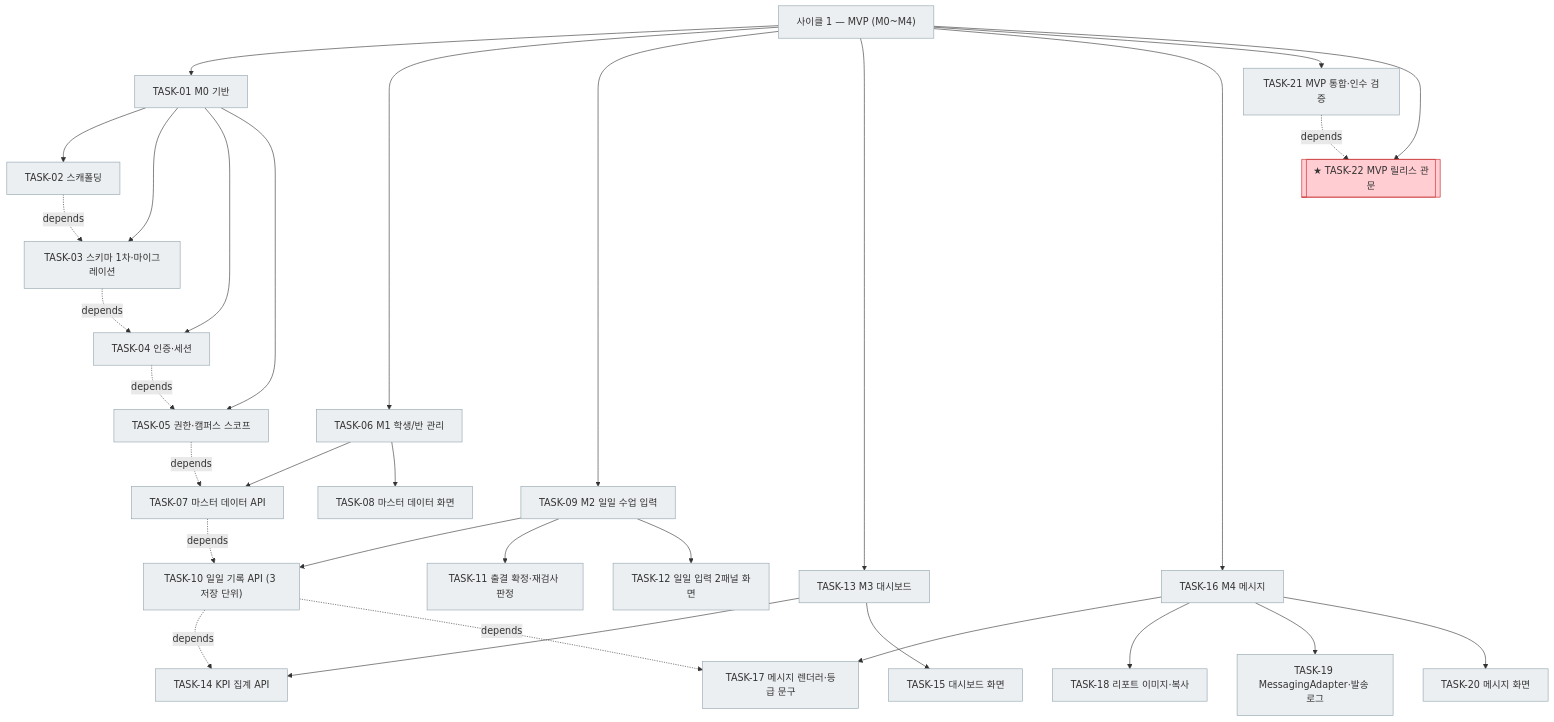
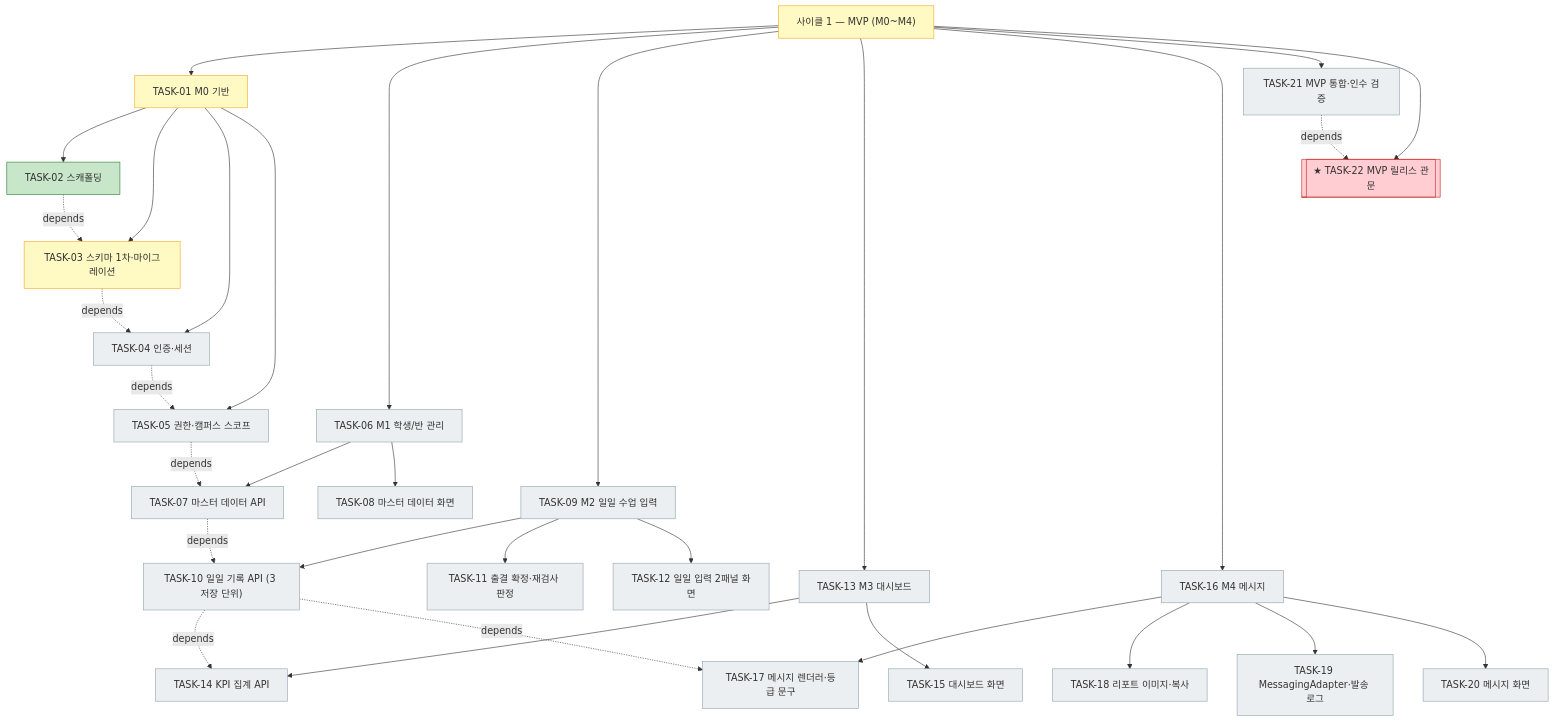
The first of 2 diagrams in docs/plan.md (bluesky5008/mathdesk), drawn with Mermaid before and after one commit. The commit also changed other lines of this file and 20 other files, not shown here.

````diff
--- a/docs/plan.md
+++ b/docs/plan.md
@@ -99,38 +99,38 @@
 ```mermaid
 flowchart TD
-    C1["사이클 1 — MVP (M0~M4)"]:::todo
-    C1 --> T01["TASK-01 M0 기반"]:::todo
-    T01 --> T02["TASK-02 스캐폴딩"]:::todo
-    T01 --> T03["TASK-03 스키마 1차·마이그레이션"]:::todo
+    C1["사이클 1 — MVP (M0~M4)"]:::active
+    C1 --> T01["TASK-01 M0 기반"]:::active
+    T01 --> T02["TASK-02 스캐폴딩"]:::done
+    T01 --> T03["TASK-03 스키마 1차·마이그레이션"]:::active
     T01 --> T04["TASK-04 인증·세션"]:::todo
     T01 --> T05["TASK-05 권한·캠퍼스 스코프"]:::todo
     C1 --> T06["TASK-06 M1 학생/반 관리"]:::todo
     T06 --> T07["TASK-07 마스터 데이터 API"]:::todo
     T06 --> T08["TASK-08 마스터 데이터 화면"]:::todo
     C1 --> T09["TASK-09 M2 일일 수업 입력"]:::todo
     T09 --> T10["TASK-10 일일 기록 API (3 저장 단위)"]:::todo
     T09 --> T11["TASK-11 출결 확정·재검사 판정"]:::todo
     T09 --> T12["TASK-12 일일 입력 2패널 화면"]:::todo
     C1 --> T13["TASK-13 M3 대시보드"]:::todo
     T13 --> T14["TASK-14 KPI 집계 API"]:::todo
     T13 --> T15["TASK-15 대시보드 화면"]:::todo
     C1 --> T16["TASK-16 M4 메시지"]:::todo
     T16 --> T17["TASK-17 메시지 렌더러·등급 문구"]:::todo
     T16 --> T18["TASK-18 리포트 이미지·복사"]:::todo
     T16 --> T19["TASK-19 MessagingAdapter·발송 로그"]:::todo
     T16 --> T20["TASK-20 메시지 화면"]:::todo
     C1 --> T21["TASK-21 MVP 통합·인수 검증"]:::todo
     C1 --> T22[["★ TASK-22 MVP 릴리스 관문"]]:::gate
     T02 -. depends .-> T03
     T03 -. depends .-> T04
     T04 -. depends .-> T05
     T05 -. depends .-> T07
     T07 -. depends .-> T10
     T10 -. depends .-> T14
     T10 -. depends .-> T17
     T21 -. depends .-> T22
     classDef done fill:#c8e6c9,stroke:#2e7d32
     classDef active fill:#fff9c4,stroke:#f9a825
     classDef todo fill:#eceff1,stroke:#90a4ae
     classDef gate fill:#ffcdd2,stroke:#c62828
 ```
````
